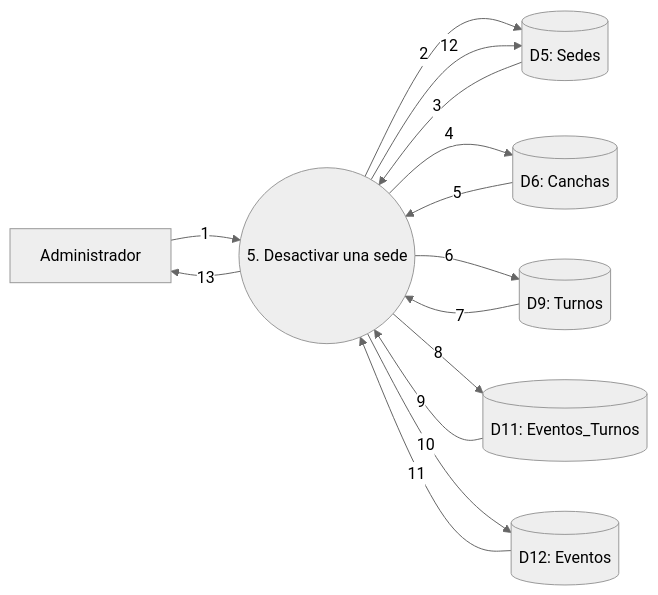
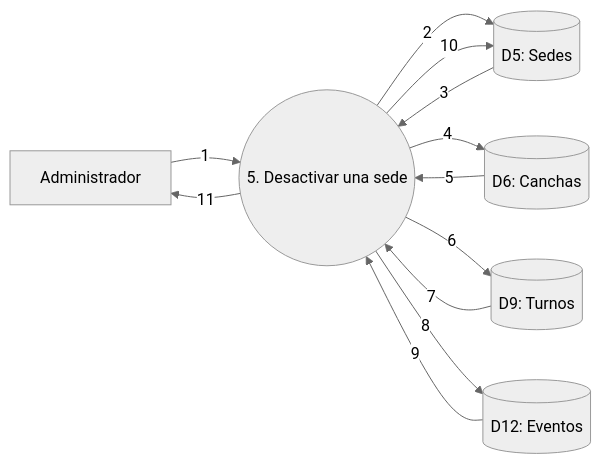
One commit to fasempertegui/Matchpoint-Taller changed the fifth of 33 diagrams in docs/DFD.md. Above: the diagram before and after it, drawn with Mermaid (neutral theme). The commit also changed other lines of this file and 4 other files, not shown here.

````diff
--- a/docs/DFD.md
+++ b/docs/DFD.md
@@ -135,24 +134,21 @@
 ```mermaid
 flowchart LR
     A[Administrador]
     P((5. Desactivar una sede))
     D5[(D5: Sedes)]
     D6[(D6: Canchas)]
     D9[(D9: Turnos)]
-    D11[(D11: Eventos_Turnos)]
     D12[(D12: Eventos)]
 
     A -->|1| P
     P -->|2| D5
     D5 -->|3| P
     P -->|4| D6
     D6 -->|5| P
     P -->|6| D9
     D9 -->|7| P
-    P -->|8| D11
-    D11 -->|9| P
-    P -->|10| D12
-    D12 -->|11| P
-    P -->|12| D5
-    P -->|13| A
+    P -->|8| D12
+    D12 -->|9| P
+    P -->|10| D5
+    P -->|11| A
 ```
````
